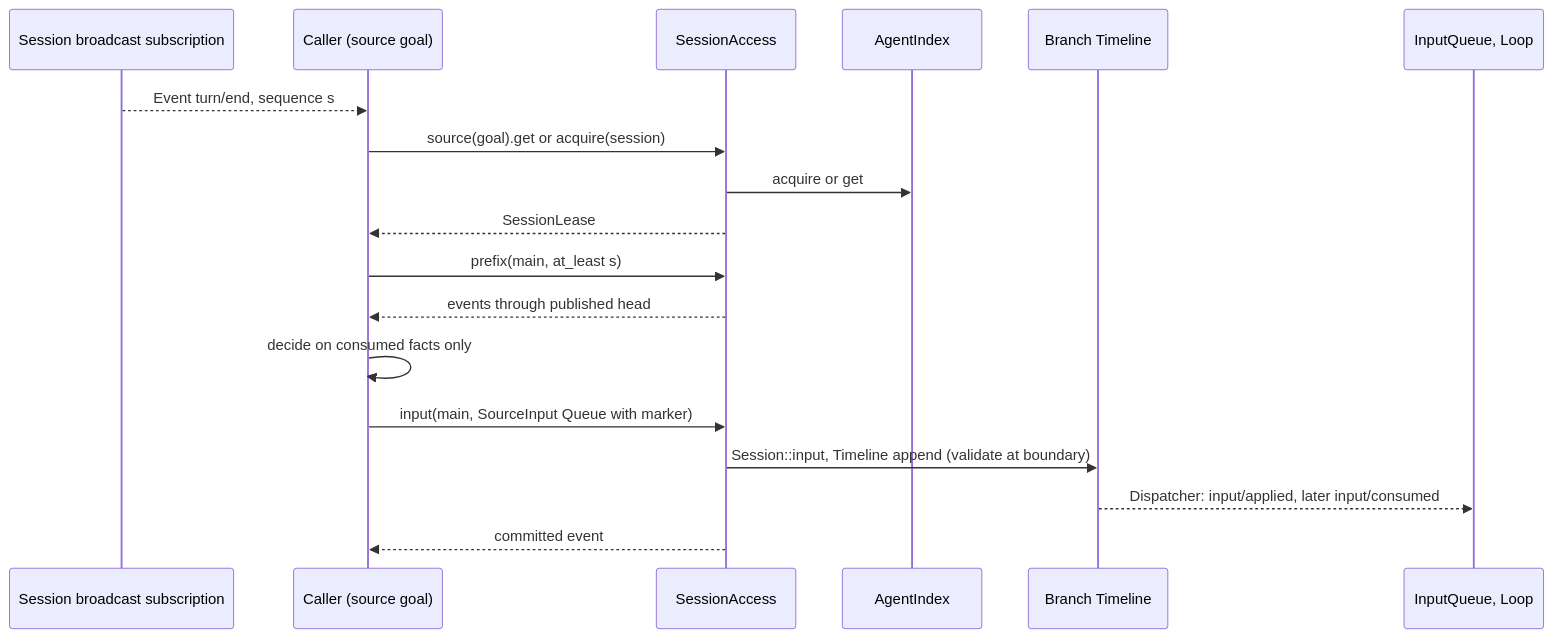
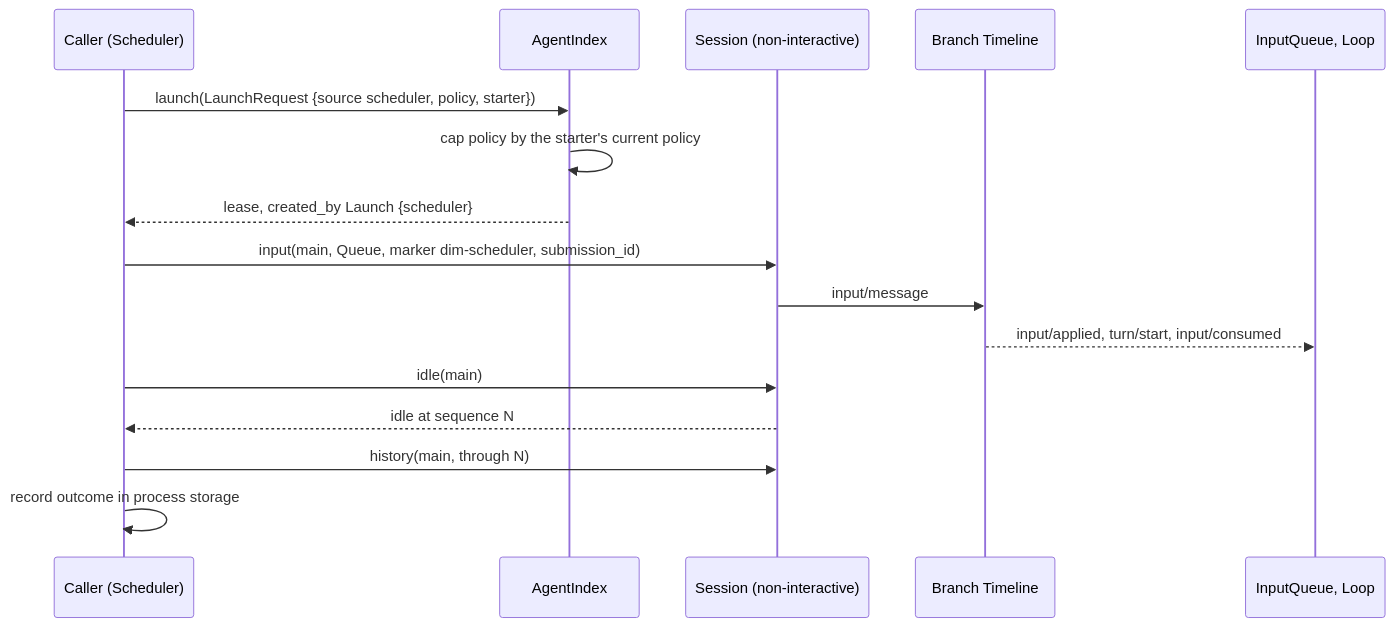
One commit to CoutinhoTTS/dim-agent changed the second of 3 diagrams in docs/design/contracts/session-access.md. Above: the diagram before and after it, drawn with Mermaid. The commit also changed other lines of this file and 16 other files, not shown here.

````diff
--- a/docs/design/contracts/session-access.md
+++ b/docs/design/contracts/session-access.md
@@ -85,20 +76,18 @@
 ```mermaid
 sequenceDiagram
-  participant SE as Session broadcast subscription
-  participant C as Caller (source goal)
-  participant SA as SessionAccess
+  participant C as Caller (Scheduler)
   participant AI as AgentIndex
+  participant S as Session (non-interactive)
   participant TL as Branch Timeline
-  participant IQ as InputQueue, Loop
-  SE-->>C: Event turn/end, sequence s
-  C->>SA: source(goal).get or acquire(session)
-  SA->>AI: acquire or get
-  SA-->>C: SessionLease
-  C->>SA: prefix(main, at_least s)
-  SA-->>C: events through published head
-  C->>C: decide on consumed facts only
-  C->>SA: input(main, SourceInput Queue with marker)
-  SA->>TL: Session::input, Timeline append (validate at boundary)
-  TL-->>IQ: Dispatcher: input/applied, later input/consumed
-  SA-->>C: committed event
+  participant L as InputQueue, Loop
+  C->>AI: launch(LaunchRequest {source scheduler, policy, starter})
+  AI->>AI: cap policy by the starter's current policy
+  AI-->>C: lease, created_by Launch {scheduler}
+  C->>S: input(main, Queue, marker dim-scheduler, submission_id)
+  S->>TL: input/message
+  TL-->>L: input/applied, turn/start, input/consumed
+  C->>S: idle(main)
+  S-->>C: idle at sequence N
+  C->>S: history(main, through N)
+  C->>C: record outcome in process storage
 ```
````
